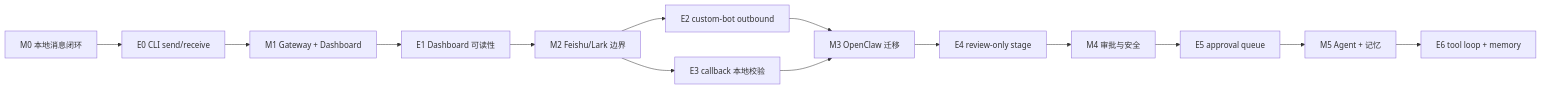
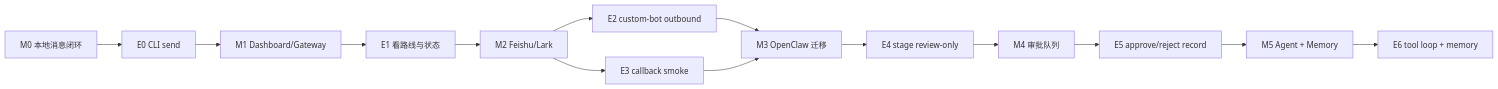
One commit to mayf3/myclaw changed the first of 9 diagrams in docs/implementation-architecture.md. Above: the diagram before and after it, drawn with Mermaid. The commit also changed other lines of this file and 37 other files, not shown here.

Commit message:
feat: add approval queue for staged migrations

````diff
--- a/docs/implementation-architecture.md
+++ b/docs/implementation-architecture.md
@@ -21,16 +21,16 @@
 ```mermaid
 flowchart LR
-  M0[M0 本地消息闭环] --> E0[E0 CLI send/receive]
-  E0 --> M1[M1 Gateway + Dashboard]
-  M1 --> E1[E1 Dashboard 可读性]
-  E1 --> M2[M2 Feishu/Lark 边界]
+  M0[M0 本地消息闭环] --> E0[E0 CLI send]
+  E0 --> M1[M1 Dashboard/Gateway]
+  M1 --> E1[E1 看路线与状态]
+  E1 --> M2[M2 Feishu/Lark]
   M2 --> E2[E2 custom-bot outbound]
-  M2 --> E3[E3 callback 本地校验]
+  M2 --> E3[E3 callback smoke]
   E2 --> M3[M3 OpenClaw 迁移]
   E3 --> M3
-  M3 --> E4[E4 review-only stage]
-  E4 --> M4[M4 审批与安全]
-  M4 --> E5[E5 approval queue]
-  E5 --> M5[M5 Agent + 记忆]
+  M3 --> E4[E4 stage review-only]
+  E4 --> M4[M4 审批队列]
+  M4 --> E5[E5 approve/reject record]
+  E5 --> M5[M5 Agent + Memory]
   M5 --> E6[E6 tool loop + memory]
 ```
````
